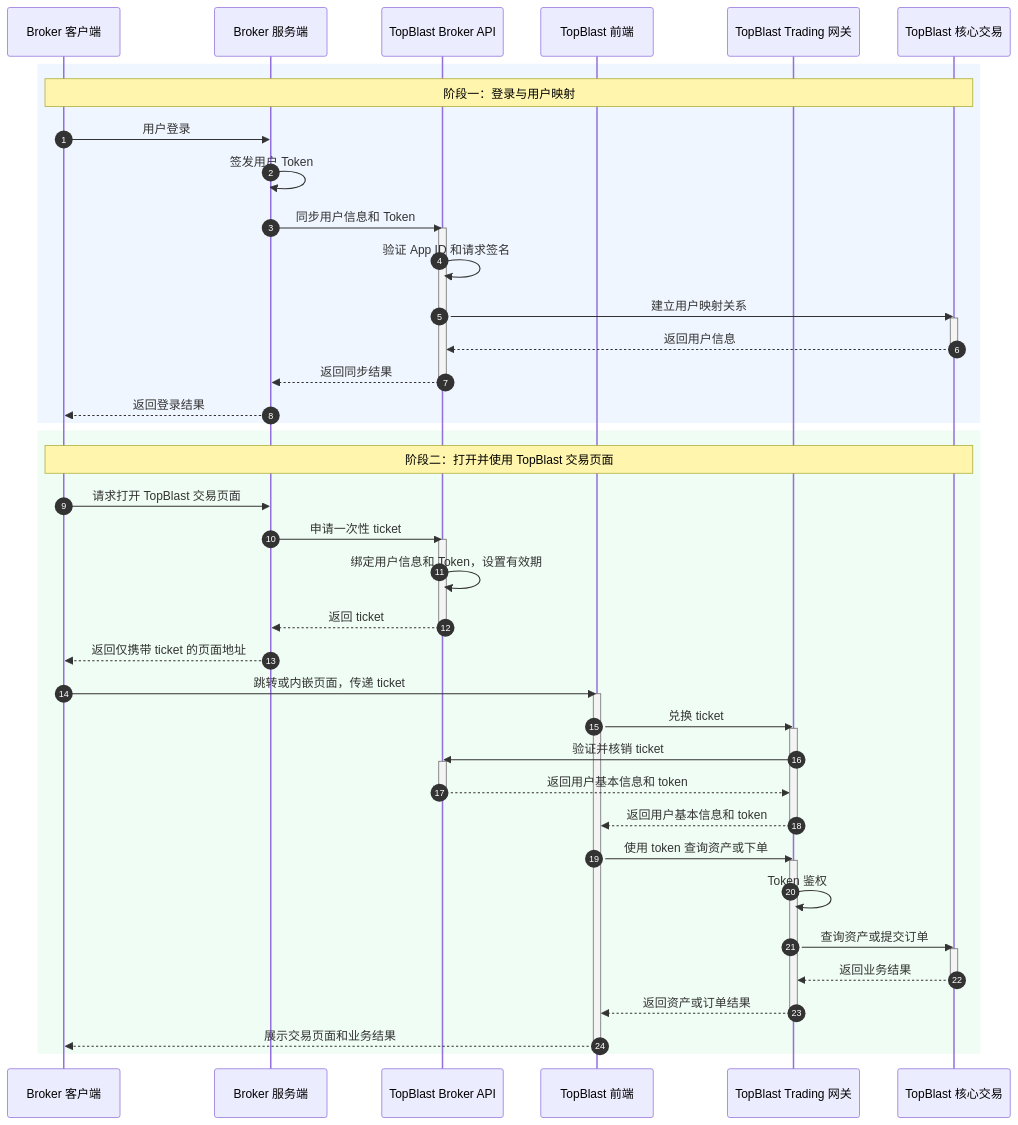
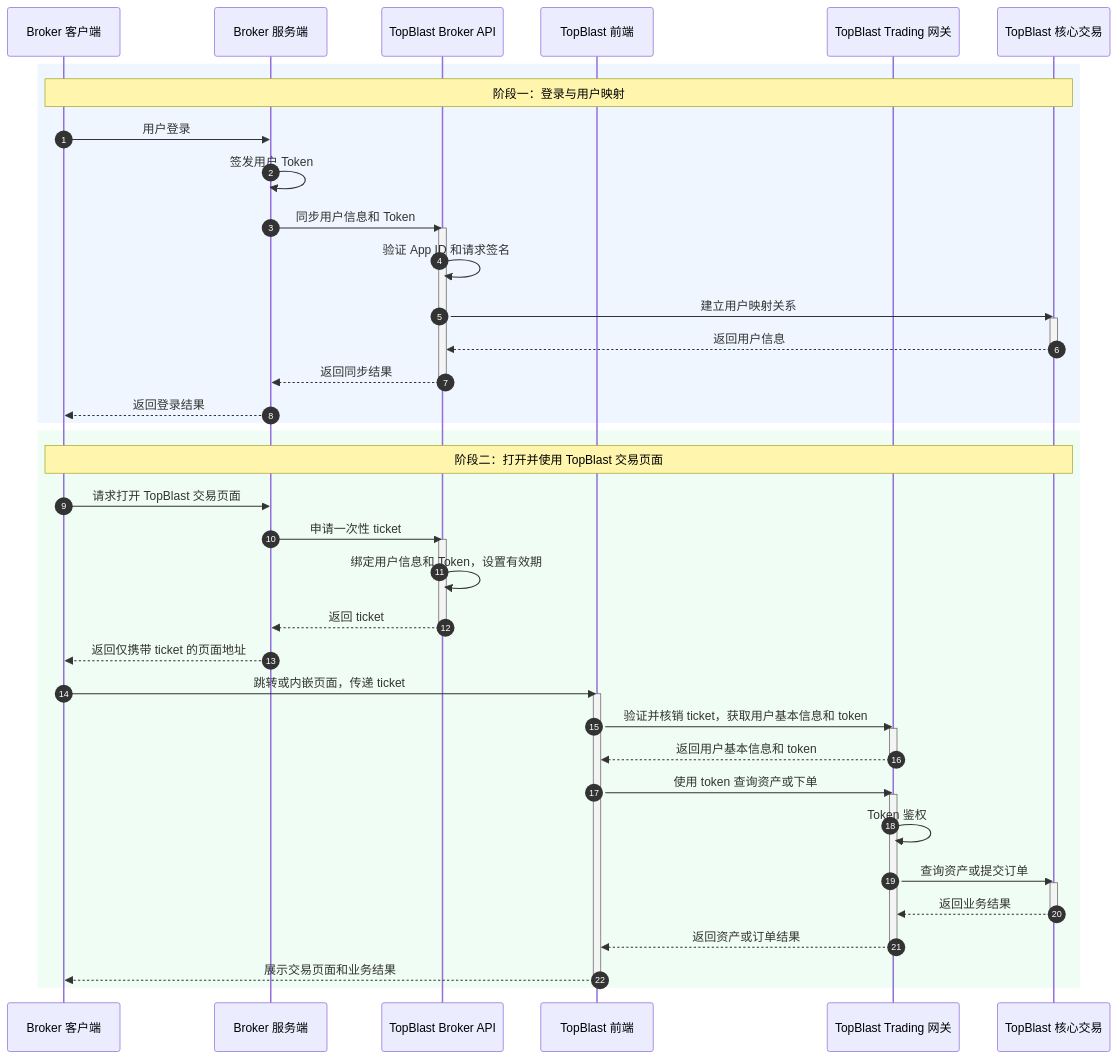
Before and after one commit to topblast-trade/docs: the second of 2 diagrams in cn/broker/guide/integration-flow.mdx, drawn with Mermaid. The commit also changed 1 other file, not shown here.

Commit message:
docs: unify ticket exchange flow

````diff
--- a/cn/broker/guide/integration-flow.mdx
+++ b/cn/broker/guide/integration-flow.mdx
@@ -88,61 +88,57 @@
 ```mermaid
 sequenceDiagram
     autonumber
 
     participant BrokerClient as Broker 客户端
     participant BrokerServer as Broker 服务端
     participant BrokerAPI as TopBlast Broker API
     participant TopBlastWeb as TopBlast 前端
     participant Gateway as TopBlast Trading 网关
     participant Core as TopBlast 核心交易
 
     rect rgb(239, 246, 255)
         Note over BrokerClient,Core: 阶段一：登录与用户映射
 
         BrokerClient->>BrokerServer: 用户登录
         BrokerServer->>BrokerServer: 签发用户 Token
         BrokerServer->>BrokerAPI: 同步用户信息和 Token
         activate BrokerAPI
         BrokerAPI->>BrokerAPI: 验证 App ID 和请求签名
         BrokerAPI->>Core: 建立用户映射关系
         activate Core
         Core-->>BrokerAPI: 返回用户信息
         deactivate Core
         BrokerAPI-->>BrokerServer: 返回同步结果
         deactivate BrokerAPI
         BrokerServer-->>BrokerClient: 返回登录结果
     end
 
     rect rgb(240, 253, 244)
         Note over BrokerClient,Core: 阶段二：打开并使用 TopBlast 交易页面
 
         BrokerClient->>BrokerServer: 请求打开 TopBlast 交易页面
         BrokerServer->>BrokerAPI: 申请一次性 ticket
         activate BrokerAPI
         BrokerAPI->>BrokerAPI: 绑定用户信息和 Token，设置有效期
         BrokerAPI-->>BrokerServer: 返回 ticket
         deactivate BrokerAPI
         BrokerServer-->>BrokerClient: 返回仅携带 ticket 的页面地址
         BrokerClient->>TopBlastWeb: 跳转或内嵌页面，传递 ticket
         activate TopBlastWeb
-        TopBlastWeb->>Gateway: 兑换 ticket
+        TopBlastWeb->>Gateway: 验证并核销 ticket，获取用户基本信息和 token
         activate Gateway
-        Gateway->>BrokerAPI: 验证并核销 ticket
-        activate BrokerAPI
-        BrokerAPI-->>Gateway: 返回用户基本信息和 token
-        deactivate BrokerAPI
         Gateway-->>TopBlastWeb: 返回用户基本信息和 token
         deactivate Gateway
         TopBlastWeb->>Gateway: 使用 token 查询资产或下单
         activate Gateway
         Gateway->>Gateway: Token 鉴权
         Gateway->>Core: 查询资产或提交订单
         activate Core
         Core-->>Gateway: 返回业务结果
         deactivate Core
         Gateway-->>TopBlastWeb: 返回资产或订单结果
         deactivate Gateway
         TopBlastWeb-->>BrokerClient: 展示交易页面和业务结果
         deactivate TopBlastWeb
     end
 ```
````
